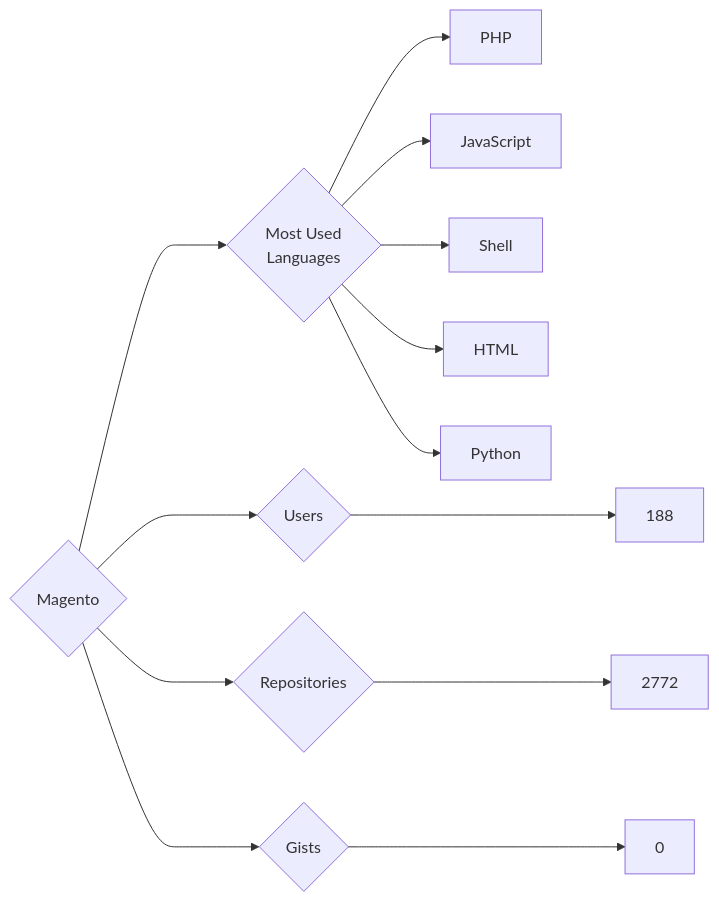
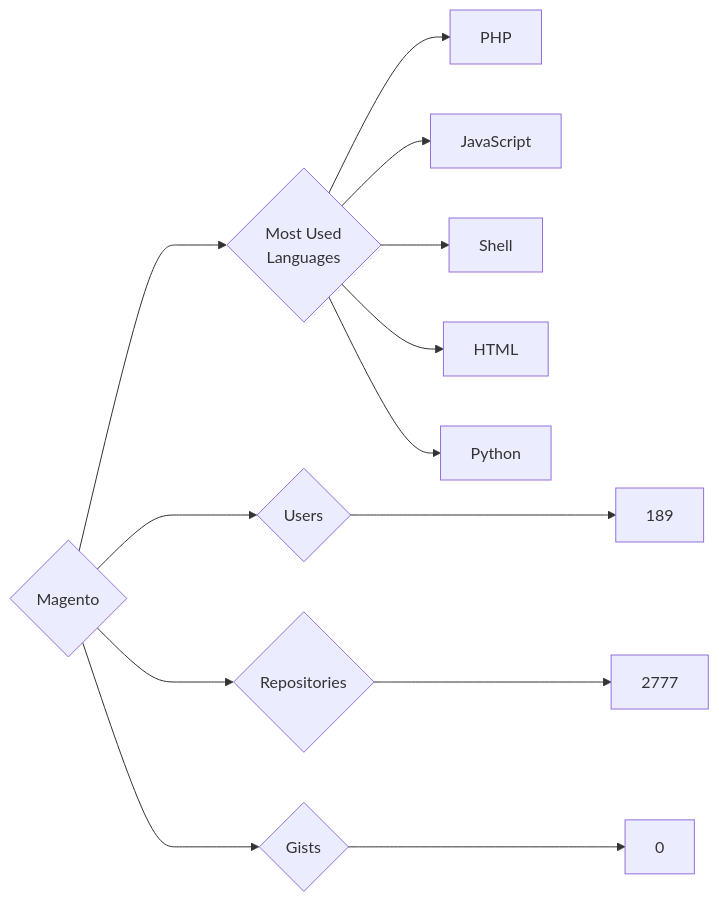
One commit to trickest/insiders changed the diagram in targets/Magento/README.md. Above: the diagram before and after it, drawn with Mermaid. The commit also changed 951 other files, not shown here.

````diff
--- a/targets/Magento/README.md
+++ b/targets/Magento/README.md
@@ -3,13 +3,13 @@
 ```mermaid
 graph LR
 COMPANY_NAME{Magento}
-COMPANY_NAME ---> U{Users} ---> UN[188]
-COMPANY_NAME ---> R{Repositories} ---> RN[2772]
+COMPANY_NAME ---> U{Users} ---> UN[189]
+COMPANY_NAME ---> R{Repositories} ---> RN[2777]
 COMPANY_NAME ---> G{Gists} ---> GN[0]
 COMPANY_NAME ---> ML{Most Used<br>Languages}
-ML --> PHP
-ML --> JavaScript
-ML --> Shell
-ML --> HTML
-ML --> Python
+ML --> PHP[PHP]
+ML --> JavaScript[JavaScript]
+ML --> Shell[Shell]
+ML --> HTML[HTML]
+ML --> Python[Python]
 ```
````
